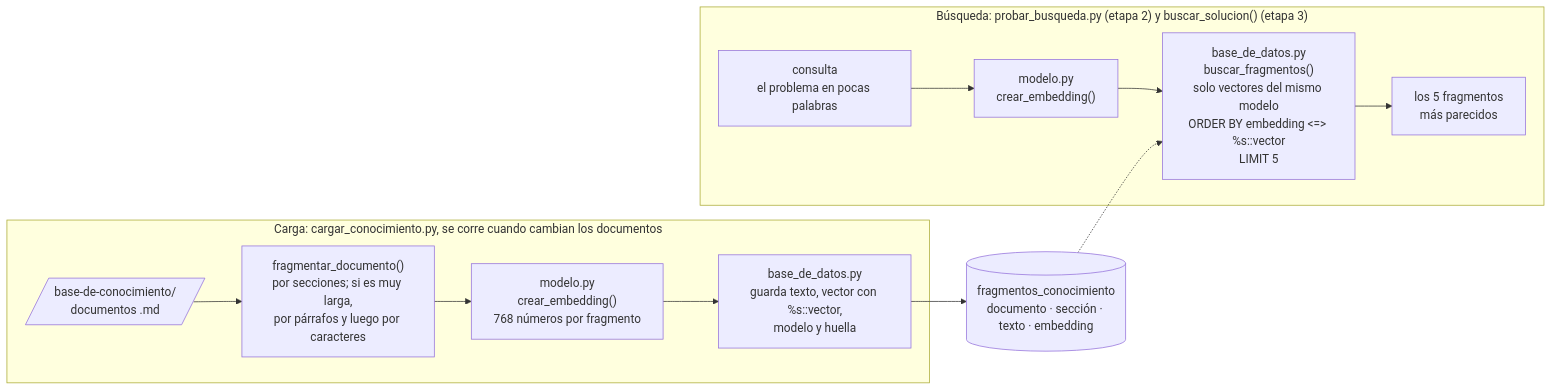
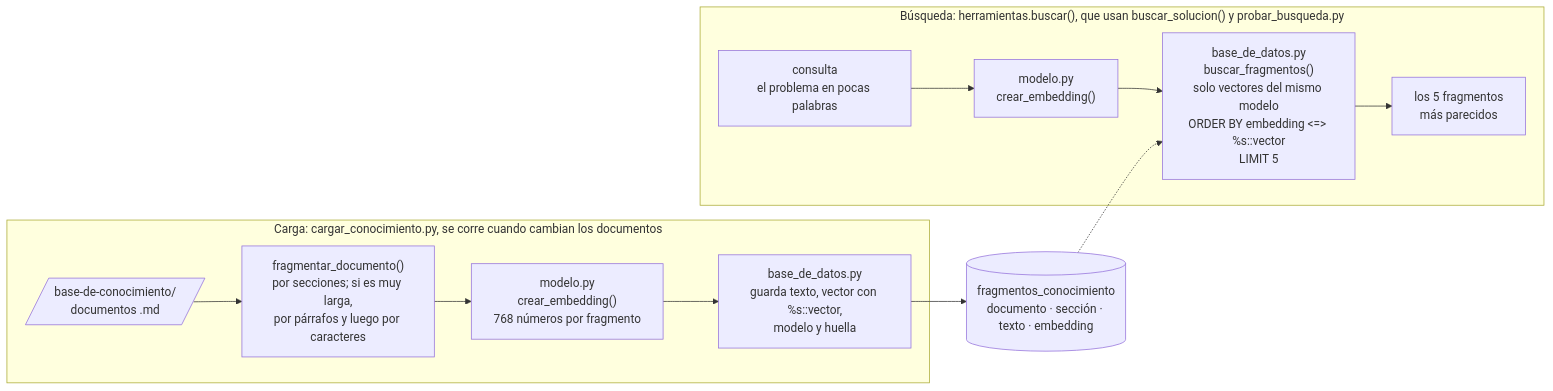
Before and after one commit to edgardo001/ai-agent-manager-estudio-aiam-certiprof-studio: the fifth of 5 diagrams in estudio/proyecto-agente/agente-soporte-n1/docs/diagramas-del-codigo.md, drawn with Mermaid. The commit also changed other lines of this file and 15 other files, not shown here.

````diff
--- a/estudio/proyecto-agente/agente-soporte-n1/docs/diagramas-del-codigo.md
+++ b/estudio/proyecto-agente/agente-soporte-n1/docs/diagramas-del-codigo.md
@@ -285,20 +313,20 @@
 ```mermaid
 flowchart LR
     subgraph CARGA["Carga: cargar_conocimiento.py, se corre cuando cambian los documentos"]
         DOCS[/"base-de-conocimiento/<br/>documentos .md"/]
         TRO["fragmentar_documento()<br/>por secciones; si es muy larga,<br/>por párrafos y luego por caracteres"]
         EMB["modelo.py<br/>crear_embedding()<br/>768 números por fragmento"]
         INS["base_de_datos.py<br/>guarda texto, vector con %s::vector,<br/>modelo y huella"]
         DOCS --> TRO --> EMB --> INS
     end
     TABLA[("fragmentos_conocimiento<br/>documento · sección · texto · embedding")]
-    subgraph BUSQ["Búsqueda: probar_busqueda.py (etapa 2) y buscar_solucion() (etapa 3)"]
+    subgraph BUSQ["Búsqueda: herramientas.buscar(), que usan buscar_solucion() y probar_busqueda.py"]
         CON["consulta<br/>el problema en pocas palabras"]
         EMQ["modelo.py<br/>crear_embedding()"]
-        BUS["base_de_datos.py<br/>buscar_fragmentos()<br/>solo vectores del mismo modelo<br/>ORDER BY embedding &lt;=&gt; %s::vector<br/>LIMIT 5"]
+        BUS["base_de_datos.py<br/>buscar_fragmentos()<br/>solo vectores del mismo modelo<br/>ORDER BY embedding #lt;=#gt; %s::vector<br/>LIMIT 5"]
         RES["los 5 fragmentos<br/>más parecidos"]
         CON --> EMQ --> BUS --> RES
     end
     INS --> TABLA
     TABLA -.-> BUS
 ```
````
